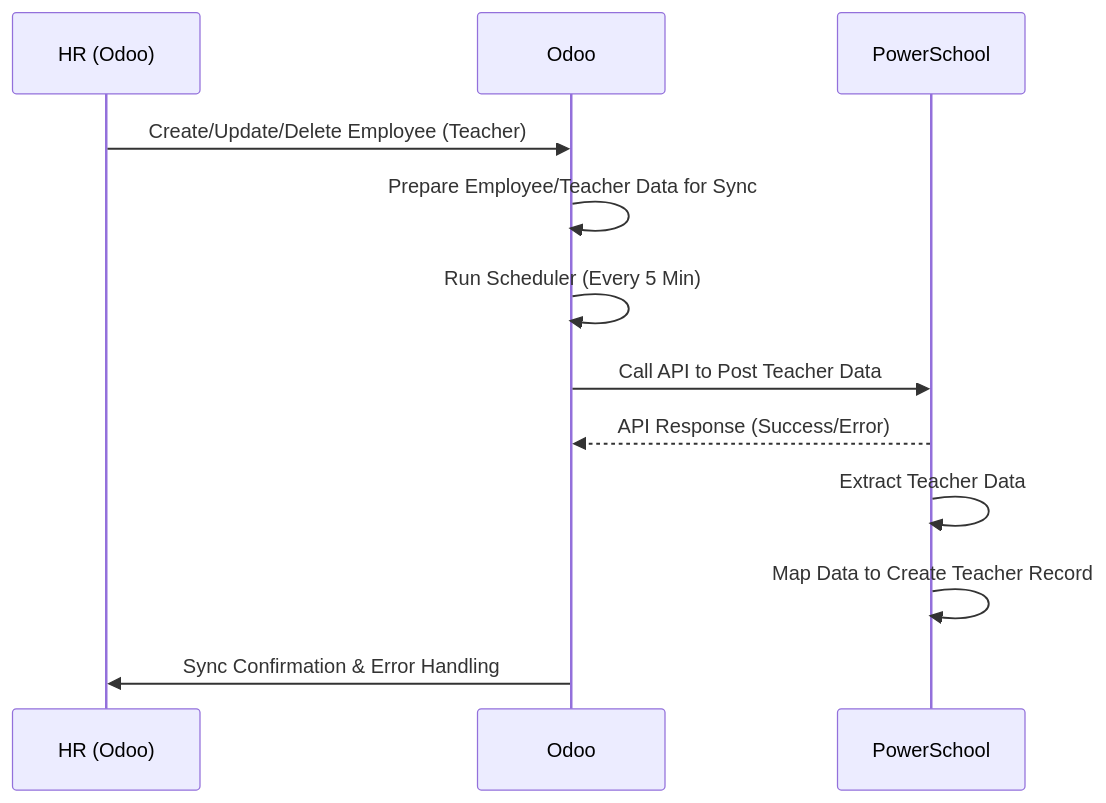
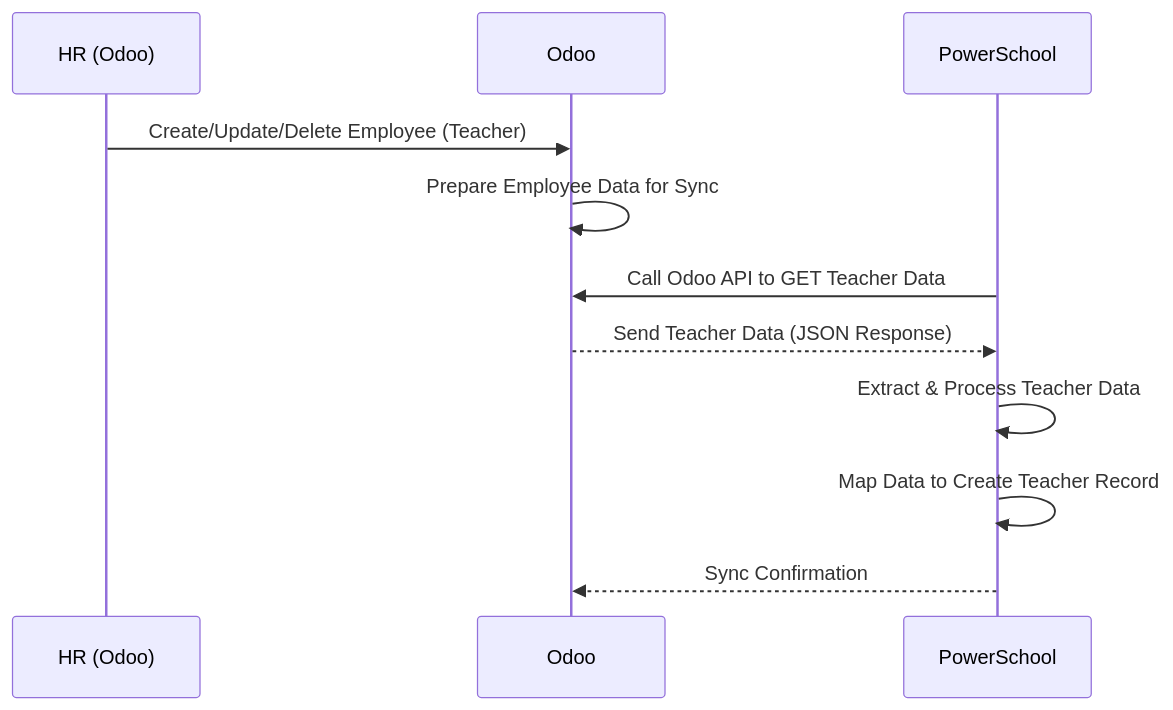
Before and after one commit to kamalyui9/lincoln_school: the second of 3 diagrams in PowerSchool Provides Rest API.md, drawn with Mermaid.

Commit message:
Update PowerSchool Provides Rest API.md

````diff
--- a/PowerSchool Provides Rest API.md
+++ b/PowerSchool Provides Rest API.md
@@ -23,15 +23,15 @@
 ```mermaid
 sequenceDiagram
     participant HR as HR (Odoo)
     participant Odoo as Odoo
     participant PowerSchool as PowerSchool
 
     HR->>Odoo: Create/Update/Delete Employee (Teacher)
-    Odoo->>Odoo: Prepare Employee/Teacher Data for Sync
-    Odoo->>Odoo: Run Scheduler (Every 5 Min)
-    Odoo->>PowerSchool: Call API to Post Teacher Data
-    PowerSchool-->>Odoo: API Response (Success/Error)
-    PowerSchool->>PowerSchool: Extract Teacher Data
+    Odoo->>Odoo: Prepare Employee Data for Sync
+    PowerSchool->>Odoo: Call Odoo API to GET Teacher Data
+    Odoo-->>PowerSchool: Send Teacher Data (JSON Response)
+    PowerSchool->>PowerSchool: Extract & Process Teacher Data
     PowerSchool->>PowerSchool: Map Data to Create Teacher Record
-    Odoo->>HR: Sync Confirmation & Error Handling
+    PowerSchool-->>Odoo: Sync Confirmation
+
 ```
````
